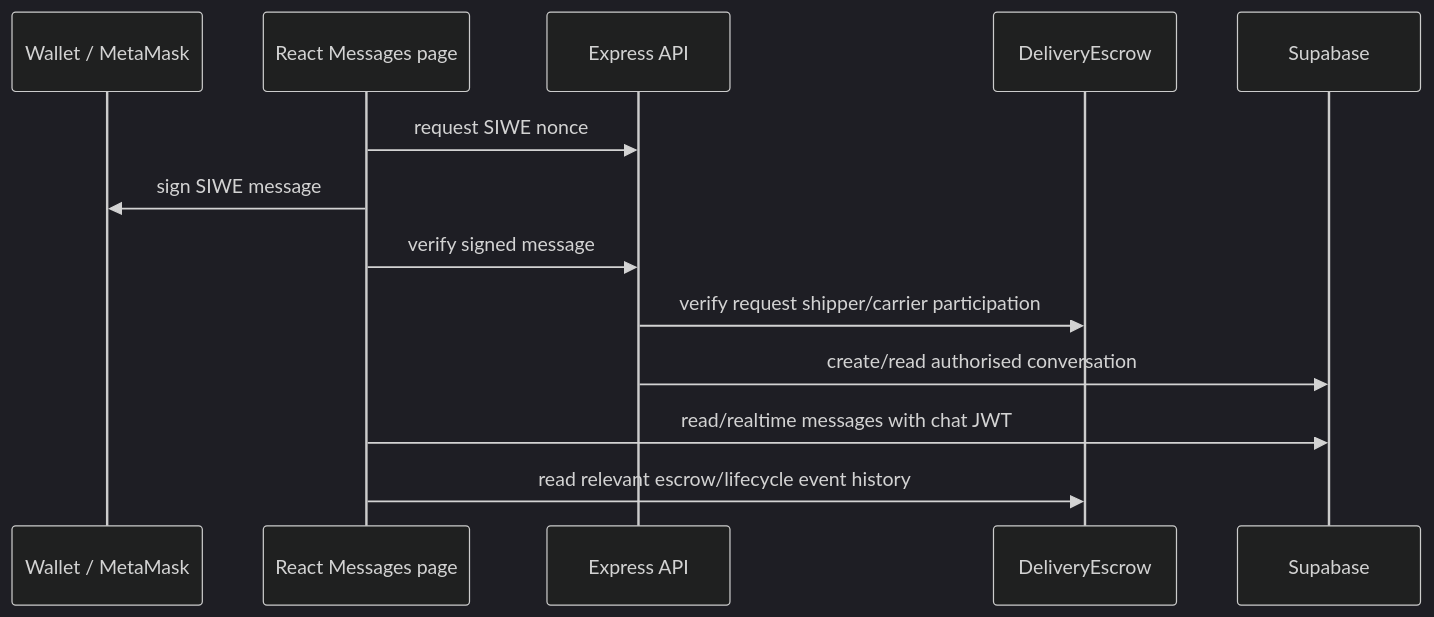
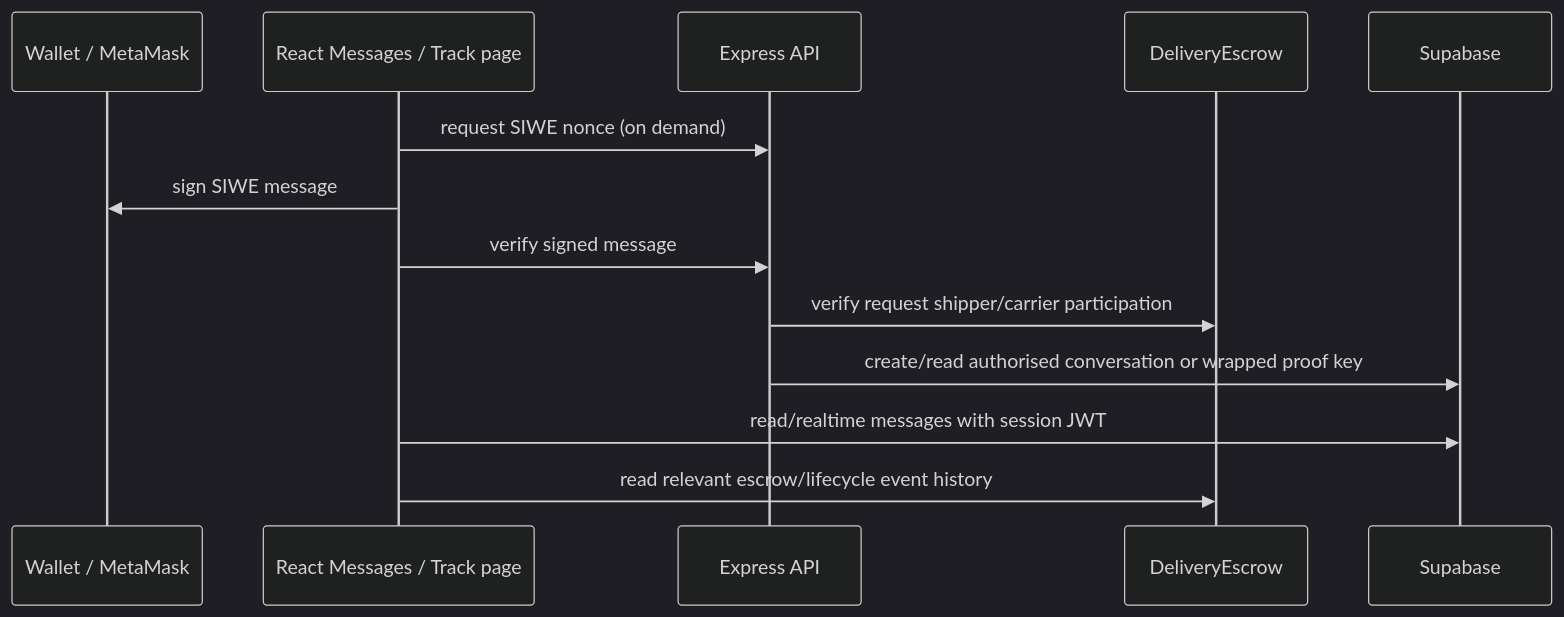
One commit to Cstan0824/CargoChain changed the fourth of 4 diagrams in docs/Architecture.md. Above: the diagram before and after it, drawn with Mermaid (dark theme). The commit also changed other lines of this file and 53 other files, not shown here.

````diff
--- a/docs/Architecture.md
+++ b/docs/Architecture.md
@@ -101,16 +113,16 @@
 ```mermaid
 sequenceDiagram
   participant W as Wallet / MetaMask
-  participant B as React Messages page
+  participant B as React Messages / Track page
   participant A as Express API
   participant E as DeliveryEscrow
   participant S as Supabase
 
-  B->>A: request SIWE nonce
+  B->>A: request SIWE nonce (on demand)
   B->>W: sign SIWE message
   B->>A: verify signed message
   A->>E: verify request shipper/carrier participation
-  A->>S: create/read authorised conversation
-  B->>S: read/realtime messages with chat JWT
+  A->>S: create/read authorised conversation or wrapped proof key
+  B->>S: read/realtime messages with session JWT
   B->>E: read relevant escrow/lifecycle event history
 ```
````
